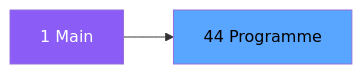
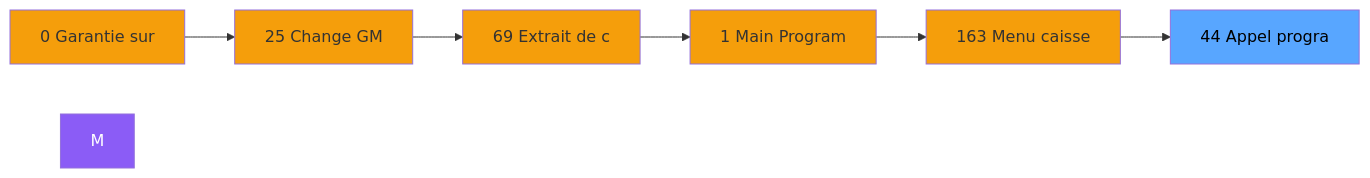
Before and after one commit to thonyAGP/magic-migration: the second of 3 diagrams in .openspec/specs/ADH-IDE-44.md, drawn with Mermaid. The commit also changed other lines of this file and 323 other files, not shown here.

````diff
--- a/.openspec/specs/ADH-IDE-44.md
+++ b/.openspec/specs/ADH-IDE-44.md
@@ -98,8 +105,21 @@
 ```mermaid
 graph LR
-    M[1 Main]
-    T[44 Programme]
-    M --> T
+    N0[0 Garantie sur]
+    N25[25 Change GM]
+    N69[69 Extrait de c]
+    N1[1 Main Program]
+    N163[163 Menu caisse ]
+    T[44 Appel progra]
+    N0 --> N25
+    N25 --> N69
+    N69 --> N1
+    N1 --> N163
+    N163 --> T
     style M fill:#8b5cf6,color:#fff
+    style N0 fill:#f59e0b
+    style N25 fill:#f59e0b
+    style N69 fill:#f59e0b
+    style N1 fill:#f59e0b
+    style N163 fill:#f59e0b
     style T fill:#58a6ff,color:#000
 ```
````
